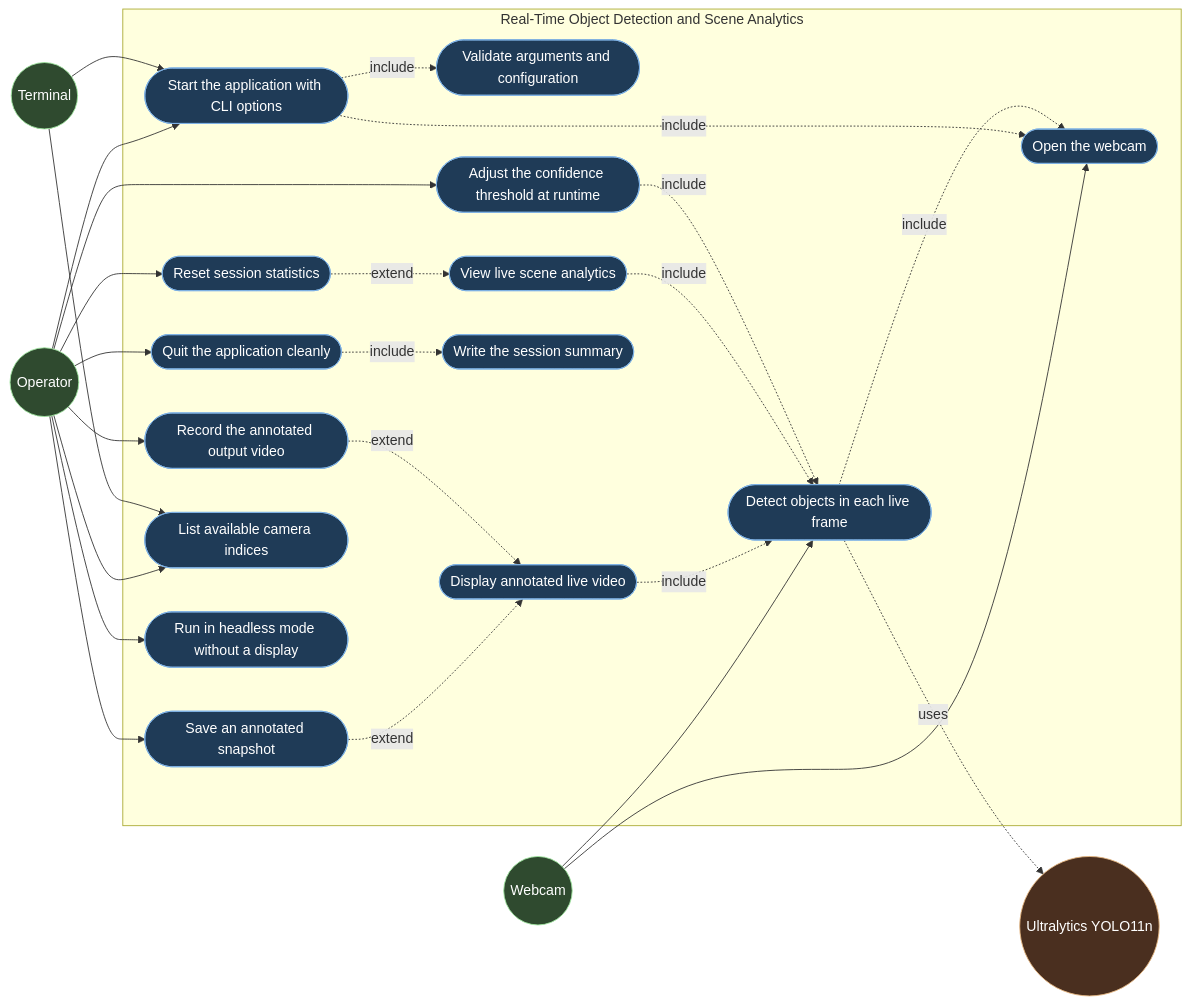
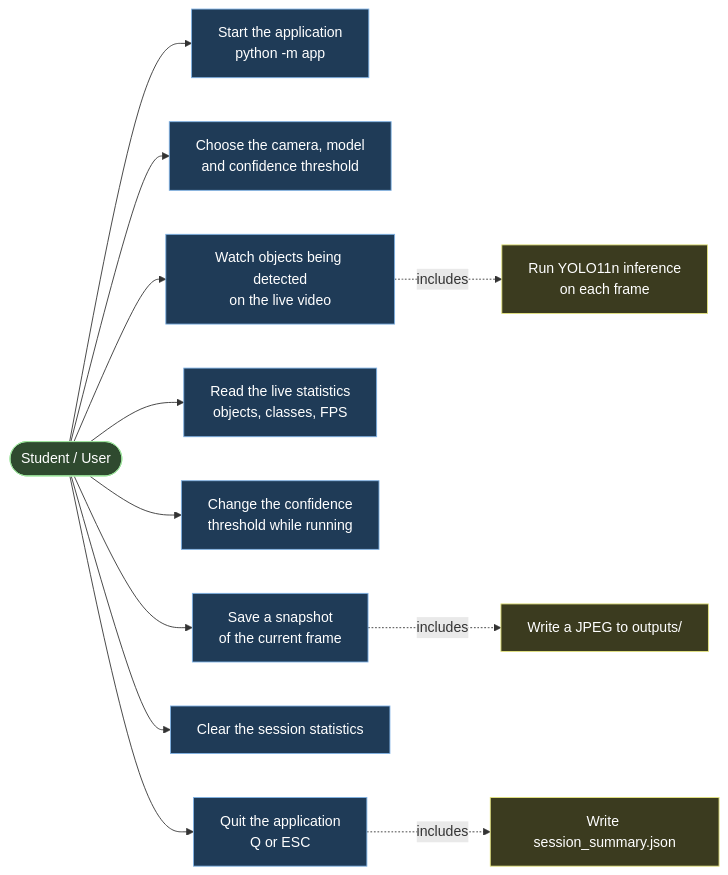
The diagram in docs/diagrams/use_case.mmd (Abhijai10/real-time-object-detection-yolo11), drawn with Mermaid before and after one commit. The commit also changed 10 other files, not shown here.

```diff
--- a/docs/diagrams/use_case.mmd
+++ b/docs/diagrams/use_case.mmd
@@ -1,56 +1,23 @@
 flowchart LR
-    User(("Operator"))
-    Terminal(("Terminal"))
-    Camera(("Webcam"))
-    Ultralytics(("Ultralytics YOLO11n"))
+    Student(["Student / User"])
 
-    subgraph System["Real-Time Object Detection and Scene Analytics"]
-        UC1(["Start the application with CLI options"])
-        UC2(["Validate arguments and configuration"])
-        UC3(["Open the webcam"])
-        UC4(["Detect objects in each live frame"])
-        UC5(["Display annotated live video"])
-        UC6(["View live scene analytics"])
-        UC7(["Adjust the confidence threshold at runtime"])
-        UC8(["Save an annotated snapshot"])
-        UC9(["Record the annotated output video"])
-        UC10(["Reset session statistics"])
-        UC11(["Quit the application cleanly"])
-        UC12(["Write the session summary"])
-        UC13(["List available camera indices"])
-        UC14(["Run in headless mode without a display"])
-    end
+    Student --> UC1["Start the application<br/>python -m app"]
+    Student --> UC2["Choose the camera, model<br/>and confidence threshold"]
+    Student --> UC3["Watch objects being detected<br/>on the live video"]
+    Student --> UC4["Read the live statistics<br/>objects, classes, FPS"]
+    Student --> UC5["Change the confidence<br/>threshold while running"]
+    Student --> UC6["Save a snapshot<br/>of the current frame"]
+    Student --> UC7["Clear the session statistics"]
+    Student --> UC8["Quit the application<br/>Q or ESC"]
 
-    User --> UC1
-    User --> UC7
-    User --> UC8
-    User --> UC9
-    User --> UC10
-    User --> UC11
-    User --> UC13
-    User --> UC14
-
-    Terminal --> UC1
-    Terminal --> UC13
-    Camera --> UC3
-    Camera --> UC4
-
-    UC1 -.->|"include"| UC2
-    UC1 -.->|"include"| UC3
-    UC4 -.->|"include"| UC3
-    UC4 -.->|"uses"| Ultralytics
-    UC5 -.->|"include"| UC4
-    UC6 -.->|"include"| UC4
-    UC7 -.->|"include"| UC4
-    UC8 -.->|"extend"| UC5
-    UC9 -.->|"extend"| UC5
-    UC10 -.->|"extend"| UC6
-    UC11 -.->|"include"| UC12
+    UC3 -.->|"includes"| UC9["Run YOLO11n inference<br/>on each frame"]
+    UC6 -.->|"includes"| UC10["Write a JPEG to outputs/"]
+    UC8 -.->|"includes"| UC11["Write session_summary.json"]
 
     classDef actor fill:#2f4a2f,stroke:#9fe59f,color:#ffffff
     classDef usecase fill:#1f3b57,stroke:#7fb2e5,color:#ffffff
-    classDef external fill:#4a2f1f,stroke:#e5b57f,color:#ffffff
+    classDef included fill:#3b3b1f,stroke:#e5e57f,color:#ffffff
 
-    class User,Terminal,Camera actor
-    class UC1,UC2,UC3,UC4,UC5,UC6,UC7,UC8,UC9,UC10,UC11,UC12,UC13,UC14 usecase
-    class Ultralytics external
+    class Student actor
+    class UC1,UC2,UC3,UC4,UC5,UC6,UC7,UC8 usecase
+    class UC9,UC10,UC11 included
```
